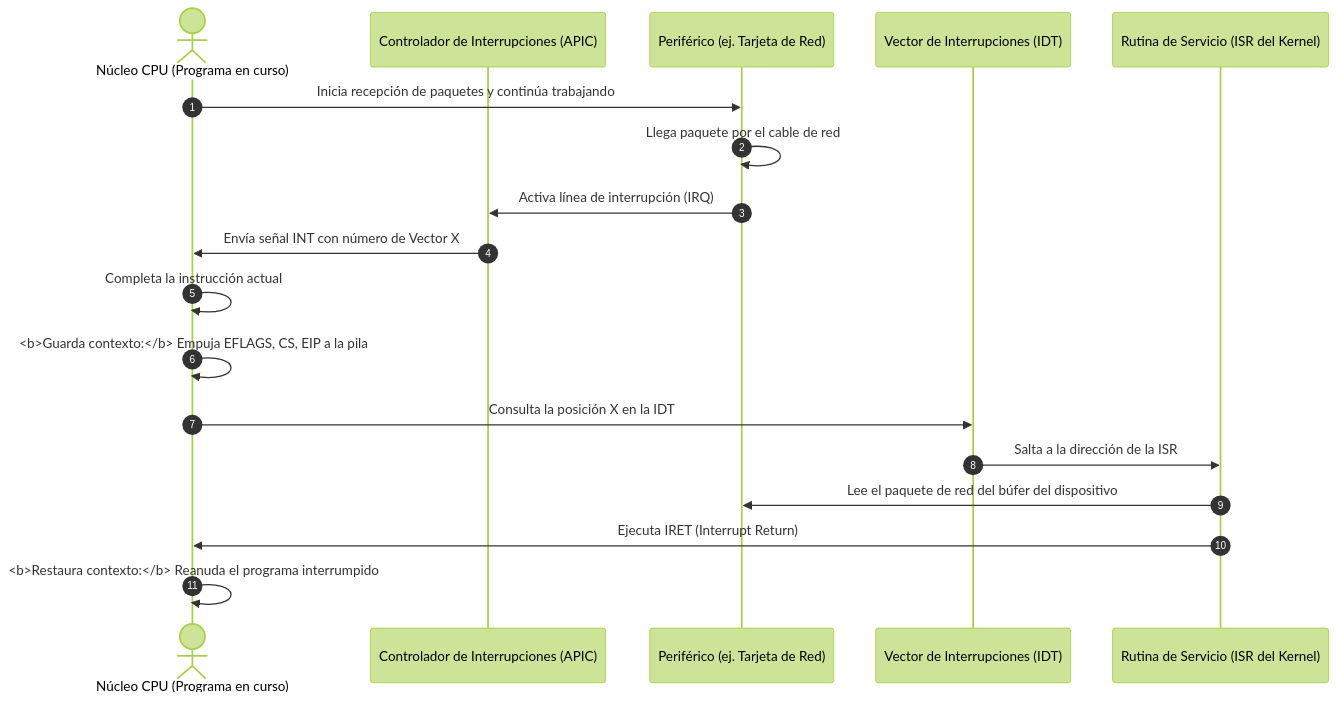
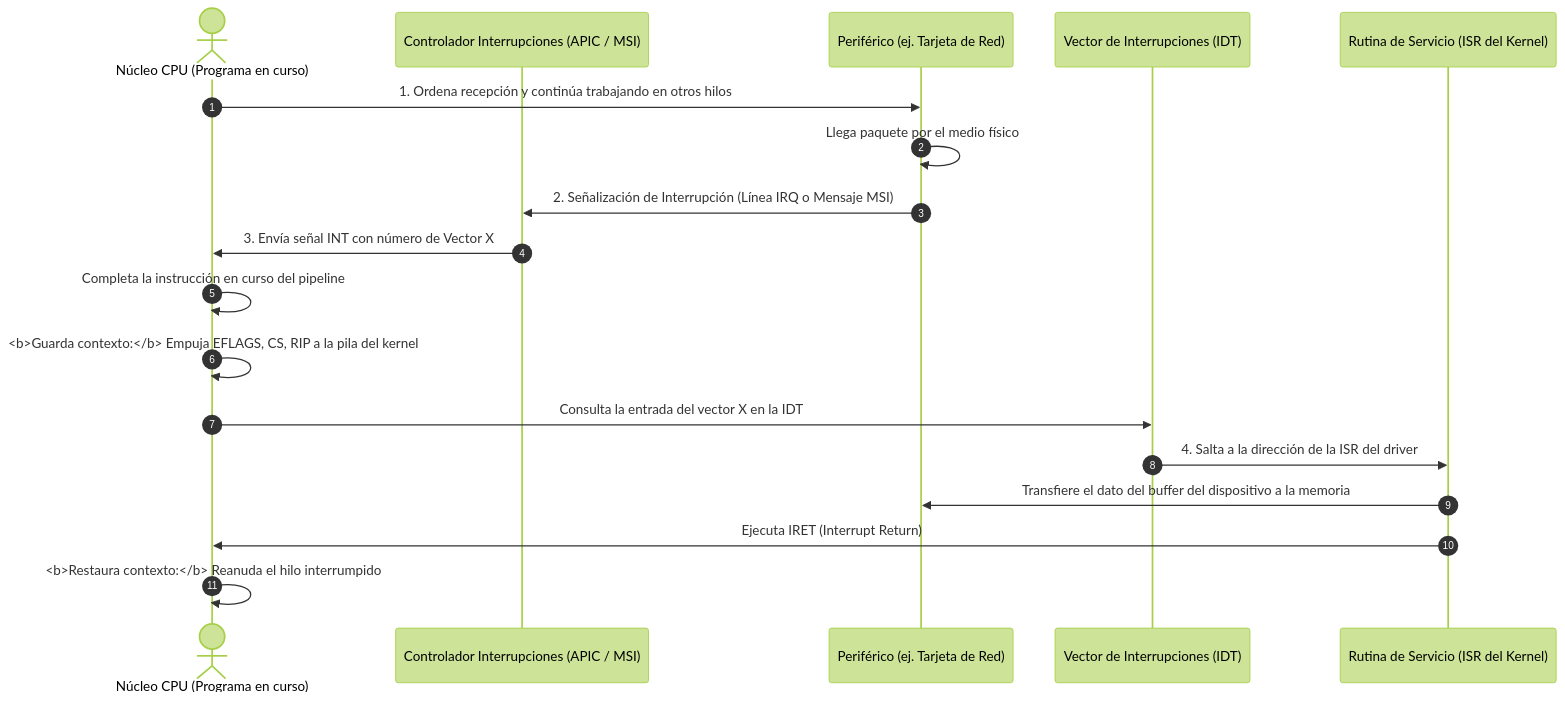
Before and after one commit to kalech7/notes: the fifth of 7 diagrams in Obsidian/pregrado/Documentos/Arquitectura de computadores/Buses, Interconexion y Comunicacion de Entrada-Salida (DMA e Interrupciones).md, drawn with Mermaid (forest theme). The commit also changed other lines of this file and 7 other files, not shown here.

Commit message:
docs(arquitectura): auditoria pedagogica y tecnica completada con subagentes en microarquitectura, memoria, mmu, buses y gpu

````diff
--- a/Obsidian/pregrado/Documentos/Arquitectura de computadores/Buses, Interconexion y Comunicacion de Entrada-Salida (DMA e Interrupciones).md
+++ b/Obsidian/pregrado/Documentos/Arquitectura de computadores/Buses, Interconexion y Comunicacion de Entrada-Salida (DMA e Interrupciones).md
@@ -182,21 +242,21 @@
 ```mermaid
 sequenceDiagram
     autonumber
     actor CPU as Núcleo CPU (Programa en curso)
-    participant APIC as Controlador de Interrupciones (APIC)
+    participant APIC as Controlador Interrupciones (APIC / MSI)
     participant DEV as Periférico (ej. Tarjeta de Red)
     participant IDT as Vector de Interrupciones (IDT)
     participant ISR as Rutina de Servicio (ISR del Kernel)
 
-    CPU->>DEV: Inicia recepción de paquetes y continúa trabajando
-    DEV->>DEV: Llega paquete por el cable de red
-    DEV->>APIC: Activa línea de interrupción (IRQ)
-    APIC->>CPU: Envía señal INT con número de Vector X
-    CPU->>CPU: Completa la instrucción actual
-    CPU->>CPU: <b>Guarda contexto:</b> Empuja EFLAGS, CS, EIP a la pila
-    CPU->>IDT: Consulta la posición X en la IDT
-    IDT->>ISR: Salta a la dirección de la ISR
-    ISR->>DEV: Lee el paquete de red del búfer del dispositivo
+    CPU->>DEV: 1. Ordena recepción y continúa trabajando en otros hilos
+    DEV->>DEV: Llega paquete por el medio físico
+    DEV->>APIC: 2. Señalización de Interrupción (Línea IRQ o Mensaje MSI)
+    APIC->>CPU: 3. Envía señal INT con número de Vector X
+    CPU->>CPU: Completa la instrucción en curso del pipeline
+    CPU->>CPU: <b>Guarda contexto:</b> Empuja EFLAGS, CS, RIP a la pila del kernel
+    CPU->>IDT: Consulta la entrada del vector X en la IDT
+    IDT->>ISR: 4. Salta a la dirección de la ISR del driver
+    ISR->>DEV: Transfiere el dato del buffer del dispositivo a la memoria
     ISR->>CPU: Ejecuta IRET (Interrupt Return)
-    CPU->>CPU: <b>Restaura contexto:</b> Reanuda el programa interrumpido
+    CPU->>CPU: <b>Restaura contexto:</b> Reanuda el hilo interrumpido
 ```
````
